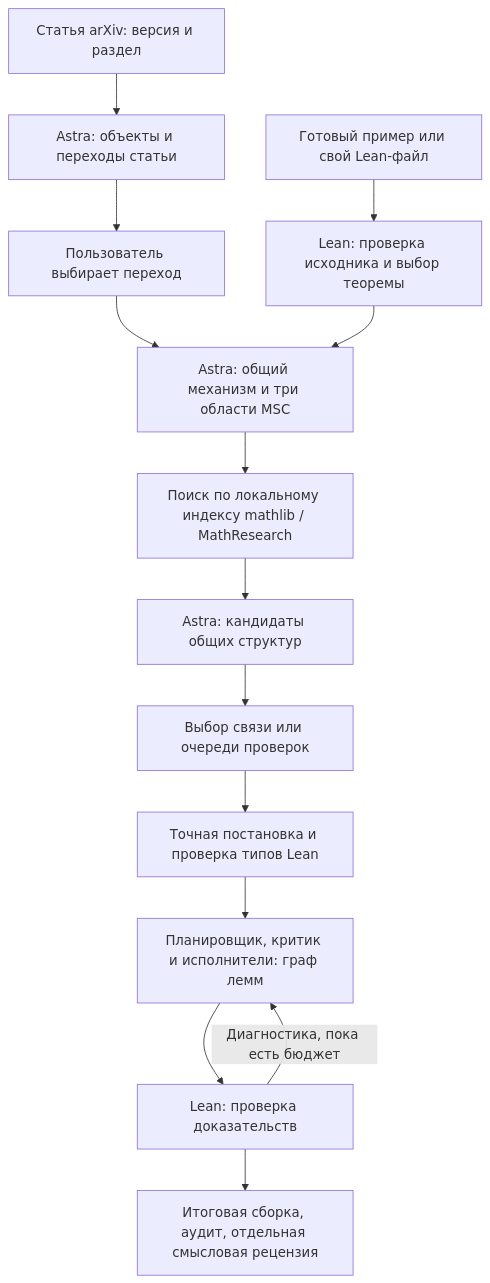
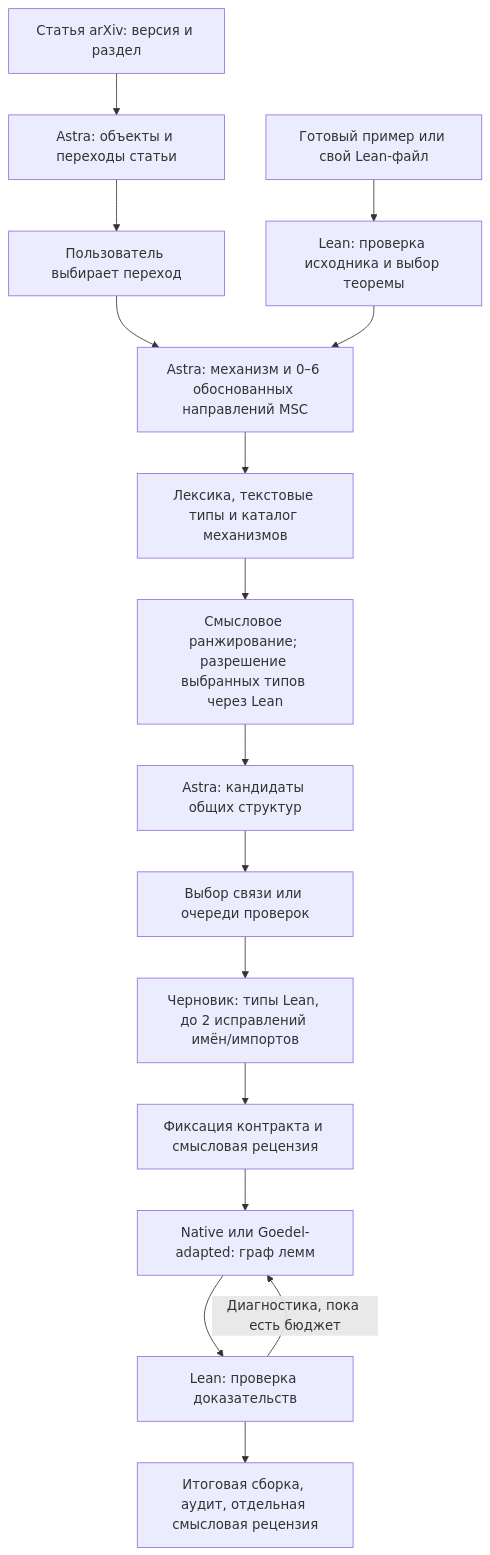
One commit to Medrov/astra-math-research changed the diagram in README.md. Above: the diagram before and after it, drawn with Mermaid. The commit also changed other lines of this file and 116 other files, not shown here.

````diff
--- a/README.md
+++ b/README.md
@@ -183,16 +261,18 @@
 ```mermaid
 flowchart TD
     Article["Статья arXiv: версия и раздел"] --> Extract["Astra: объекты и переходы статьи"]
     Extract --> Pick["Пользователь выбирает переход"]
-    Pick --> Profile["Astra: общий механизм и три области MSC"]
+    Pick --> Profile["Astra: механизм и 0–6 обоснованных направлений MSC"]
     Input["Готовый пример или свой Lean-файл"] --> Inspect["Lean: проверка исходника и выбор теоремы"]
     Inspect --> Profile
-    Profile --> Retrieval["Поиск по локальному индексу mathlib / MathResearch"]
-    Retrieval --> Candidates["Astra: кандидаты общих структур"]
+    Profile --> Retrieval["Лексика, текстовые типы и каталог механизмов"]
+    Retrieval --> Rank["Смысловое ранжирование; разрешение выбранных типов через Lean"]
+    Rank --> Candidates["Astra: кандидаты общих структур"]
     Candidates --> Choice["Выбор связи или очереди проверок"]
-    Choice --> Contract["Точная постановка и проверка типов Lean"]
-    Contract --> Roles["Планировщик, критик и исполнители: граф лемм"]
+    Choice --> Contract["Черновик: типы Lean, до 2 исправлений имён/импортов"]
+    Contract --> Freeze["Фиксация контракта и смысловая рецензия"]
+    Freeze --> Roles["Native или Goedel-adapted: граф лемм"]
     Roles --> Lean["Lean: проверка доказательств"]
     Lean -->|"Диагностика, пока есть бюджет"| Roles
     Lean --> Result["Итоговая сборка, аудит, отдельная смысловая рецензия"]
 ```
````
